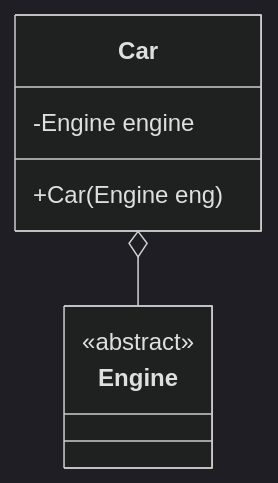
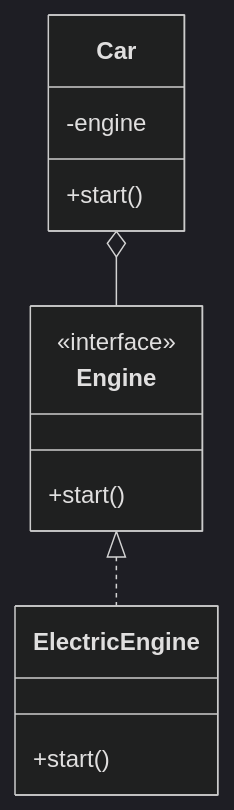
One commit to Kert0n/KPO changed the eighth of 17 diagrams in lectures/Lec1/vitepress.md. Above: the diagram before and after it, drawn with Mermaid (dark theme). The commit also changed other lines of this file and 3 other files, not shown here.

````diff
--- a/lectures/Lec1/vitepress.md
+++ b/lectures/Lec1/vitepress.md
@@ -282,11 +644,16 @@
 ```mermaid
 classDiagram
     class Engine {
-        <<abstract>>
+        <<interface>>
+        +start()
+    }
+    class ElectricEngine {
+        +start()
     }
     class Car {
-        -Engine engine
-        +Car(Engine eng)
+        -engine
+        +start()
     }
+    Engine <|.. ElectricEngine
     Car o-- Engine
 ```
````
